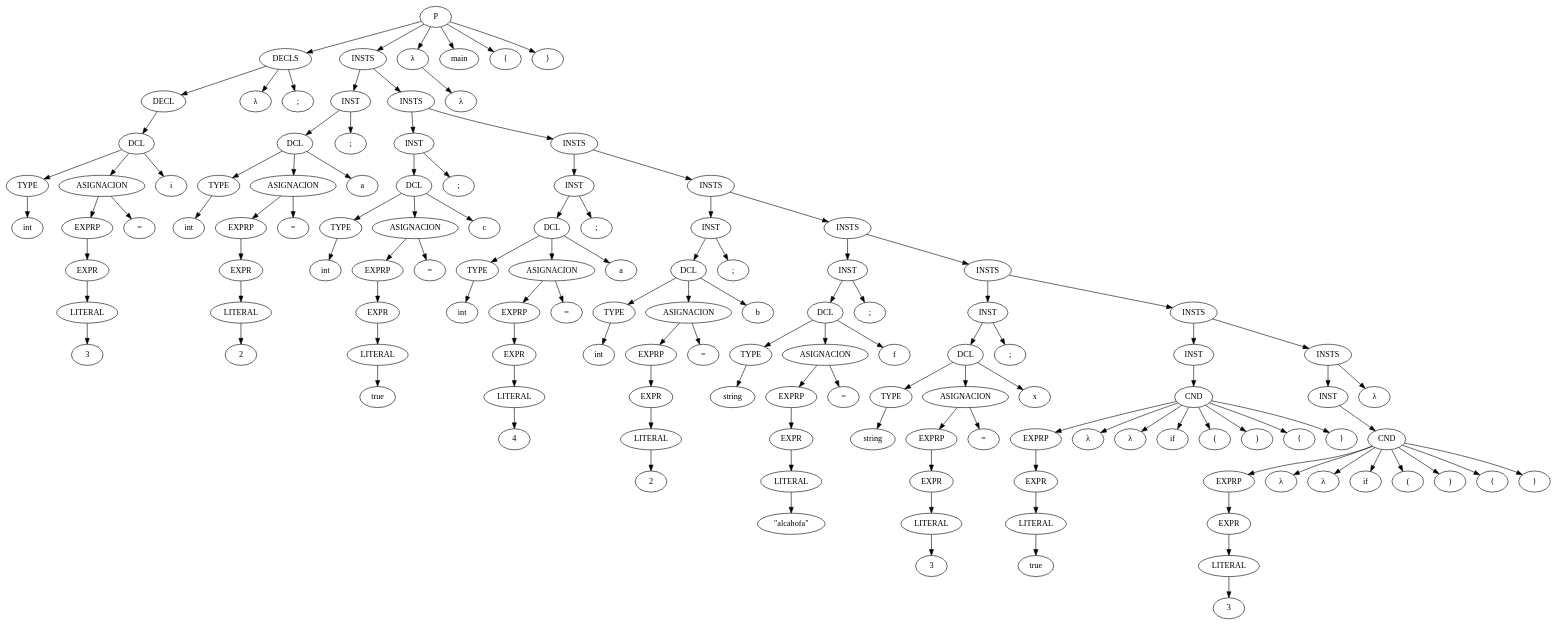
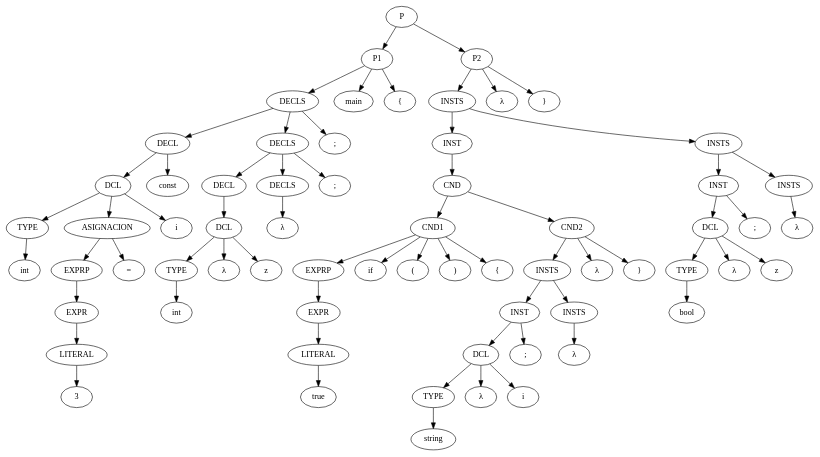
The diagram in output/Arbol sintactico.dot (TomeuRamis/Csar), drawn with Graphviz before and after one commit. The commit also changed 2 other files, not shown here.

```diff
--- a/output/Arbol sintactico.dot
+++ b/output/Arbol sintactico.dot
@@ -10,122 +10,61 @@
   s8 [ label="DCL" ];
   s9 [ label="i" ];
   s10 [ label="DECL" ];
-  s11 [ label="λ" ];
-  s12 [ label="DECLS" ];
-  s13 [ label=";" ];
-  s14 [ label="TYPE" ];
-  s15 [ label="int" ];
-  s16 [ label="LITERAL" ];
-  s17 [ label="2" ];
-  s18 [ label="EXPR" ];
-  s19 [ label="EXPRP" ];
-  s20 [ label="ASIGNACION" ];
-  s21 [ label="=" ];
-  s22 [ label="DCL" ];
-  s23 [ label="a" ];
-  s24 [ label="INST" ];
-  s25 [ label=";" ];
-  s26 [ label="TYPE" ];
-  s27 [ label="int" ];
-  s28 [ label="LITERAL" ];
-  s29 [ label="true" ];
-  s30 [ label="EXPR" ];
-  s31 [ label="EXPRP" ];
-  s32 [ label="ASIGNACION" ];
-  s33 [ label="=" ];
-  s34 [ label="DCL" ];
-  s35 [ label="c" ];
-  s36 [ label="INST" ];
-  s37 [ label=";" ];
-  s38 [ label="TYPE" ];
-  s39 [ label="int" ];
-  s40 [ label="LITERAL" ];
-  s41 [ label="4" ];
-  s42 [ label="EXPR" ];
-  s43 [ label="EXPRP" ];
-  s44 [ label="ASIGNACION" ];
-  s45 [ label="=" ];
-  s46 [ label="DCL" ];
-  s47 [ label="a" ];
-  s48 [ label="INST" ];
-  s49 [ label=";" ];
-  s50 [ label="TYPE" ];
-  s51 [ label="int" ];
-  s52 [ label="LITERAL" ];
-  s53 [ label="2" ];
-  s54 [ label="EXPR" ];
-  s55 [ label="EXPRP" ];
-  s56 [ label="ASIGNACION" ];
-  s57 [ label="=" ];
-  s58 [ label="DCL" ];
-  s59 [ label="b" ];
-  s60 [ label="INST" ];
-  s61 [ label=";" ];
-  s62 [ label="TYPE" ];
-  s63 [ label="string" ];
-  s64 [ label="LITERAL" ];
-  s65 [ label="\"alcahofa\"" ];
-  s66 [ label="EXPR" ];
-  s67 [ label="EXPRP" ];
-  s68 [ label="ASIGNACION" ];
-  s69 [ label="=" ];
-  s70 [ label="DCL" ];
-  s71 [ label="f" ];
-  s72 [ label="INST" ];
-  s73 [ label=";" ];
-  s74 [ label="TYPE" ];
-  s75 [ label="string" ];
-  s76 [ label="LITERAL" ];
-  s77 [ label="3" ];
-  s78 [ label="EXPR" ];
-  s79 [ label="EXPRP" ];
-  s80 [ label="ASIGNACION" ];
-  s81 [ label="=" ];
-  s82 [ label="DCL" ];
-  s83 [ label="x" ];
-  s84 [ label="INST" ];
-  s85 [ label=";" ];
-  s86 [ label="LITERAL" ];
-  s87 [ label="true" ];
-  s88 [ label="EXPR" ];
-  s89 [ label="EXPRP" ];
-  s90 [ label="λ" ];
-  s91 [ label="λ" ];
-  s92 [ label="CND" ];
-  s93 [ label="if" ];
-  s94 [ label="(" ];
-  s95 [ label=")" ];
-  s96 [ label="{" ];
-  s97 [ label="}" ];
-  s98 [ label="INST" ];
-  s99 [ label="LITERAL" ];
-  s100 [ label="3" ];
-  s101 [ label="EXPR" ];
-  s102 [ label="EXPRP" ];
-  s103 [ label="λ" ];
-  s104 [ label="λ" ];
-  s105 [ label="CND" ];
-  s106 [ label="if" ];
-  s107 [ label="(" ];
-  s108 [ label=")" ];
-  s109 [ label="{" ];
-  s110 [ label="}" ];
-  s111 [ label="INST" ];
-  s112 [ label="λ" ];
-  s113 [ label="INSTS" ];
-  s114 [ label="INSTS" ];
-  s115 [ label="INSTS" ];
-  s116 [ label="INSTS" ];
-  s117 [ label="INSTS" ];
-  s118 [ label="INSTS" ];
-  s119 [ label="INSTS" ];
-  s120 [ label="INSTS" ];
-  s121 [ label="λ" ];
-  s122 [ label="λ" ];
-  s123 [ label="P" ];
-  s124 [ label="main" ];
-  s125 [ label="{" ];
-  s126 [ label="}" ];
+  s11 [ label="const" ];
+  s12 [ label="TYPE" ];
+  s13 [ label="int" ];
+  s14 [ label="λ" ];
+  s15 [ label="DCL" ];
+  s16 [ label="z" ];
+  s17 [ label="DECL" ];
+  s18 [ label="DECLS" ];
+  s19 [ label="λ" ];
+  s20 [ label="DECLS" ];
+  s21 [ label=";" ];
+  s22 [ label="DECLS" ];
+  s23 [ label=";" ];
+  s24 [ label="P1" ];
+  s25 [ label="main" ];
+  s26 [ label="{" ];
+  s27 [ label="LITERAL" ];
+  s28 [ label="true" ];
+  s29 [ label="EXPR" ];
+  s30 [ label="EXPRP" ];
+  s31 [ label="CND1" ];
+  s32 [ label="if" ];
+  s33 [ label="(" ];
+  s34 [ label=")" ];
+  s35 [ label="{" ];
+  s36 [ label="TYPE" ];
+  s37 [ label="string" ];
+  s38 [ label="λ" ];
+  s39 [ label="DCL" ];
+  s40 [ label="i" ];
+  s41 [ label="INST" ];
+  s42 [ label=";" ];
+  s43 [ label="INSTS" ];
+  s44 [ label="λ" ];
+  s45 [ label="INSTS" ];
+  s46 [ label="λ" ];
+  s47 [ label="CND2" ];
+  s48 [ label="}" ];
+  s49 [ label="CND" ];
+  s50 [ label="INST" ];
+  s51 [ label="TYPE" ];
+  s52 [ label="bool" ];
+  s53 [ label="λ" ];
+  s54 [ label="DCL" ];
+  s55 [ label="z" ];
+  s56 [ label="INST" ];
+  s57 [ label=";" ];
+  s58 [ label="INSTS" ];
+  s59 [ label="λ" ];
+  s60 [ label="INSTS" ];
+  s61 [ label="INSTS" ];
+  s62 [ label="λ" ];
+  s63 [ label="P2" ];
+  s64 [ label="}" ];
+  s65 [ label="P" ];
   s0 -> s1;
   s2 -> s3;
   s4 -> s2;
@@ -135,121 +74,60 @@
   s8 -> s0;
   s8 -> s9;
   s8 -> s6;
+  s10 -> s11;
   s10 -> s8;
-  s12 -> s10;
   s12 -> s13;
-  s12 -> s11;
-  s14 -> s15;
-  s16 -> s17;
-  s18 -> s16;
-  s19 -> s18;
+  s15 -> s12;
+  s15 -> s16;
+  s15 -> s14;
+  s17 -> s15;
+  s18 -> s19;
+  s20 -> s17;
   s20 -> s21;
-  s20 -> s19;
-  s22 -> s14;
+  s20 -> s18;
+  s22 -> s10;
   s22 -> s23;
   s22 -> s20;
   s24 -> s22;
   s24 -> s25;
-  s26 -> s27;
-  s28 -> s29;
-  s30 -> s28;
+  s24 -> s26;
+  s27 -> s28;
+  s29 -> s27;
+  s30 -> s29;
+  s31 -> s32;
+  s31 -> s33;
   s31 -> s30;
-  s32 -> s33;
-  s32 -> s31;
-  s34 -> s26;
-  s34 -> s35;
-  s34 -> s32;
-  s36 -> s34;
+  s31 -> s34;
+  s31 -> s35;
   s36 -> s37;
-  s38 -> s39;
-  s40 -> s41;
-  s42 -> s40;
-  s43 -> s42;
-  s44 -> s45;
-  s44 -> s43;
-  s46 -> s38;
-  s46 -> s47;
-  s46 -> s44;
-  s48 -> s46;
-  s48 -> s49;
-  s50 -> s51;
-  s52 -> s53;
-  s54 -> s52;
-  s55 -> s54;
+  s39 -> s36;
+  s39 -> s40;
+  s39 -> s38;
+  s41 -> s39;
+  s41 -> s42;
+  s43 -> s44;
+  s45 -> s41;
+  s45 -> s43;
+  s47 -> s45;
+  s47 -> s48;
+  s47 -> s46;
+  s49 -> s31;
+  s49 -> s47;
+  s50 -> s49;
+  s51 -> s52;
+  s54 -> s51;
+  s54 -> s55;
+  s54 -> s53;
+  s56 -> s54;
   s56 -> s57;
-  s56 -> s55;
-  s58 -> s50;
   s58 -> s59;
-  s58 -> s56;
+  s60 -> s56;
   s60 -> s58;
-  s60 -> s61;
-  s62 -> s63;
-  s64 -> s65;
-  s66 -> s64;
-  s67 -> s66;
-  s68 -> s69;
-  s68 -> s67;
-  s70 -> s62;
-  s70 -> s71;
-  s70 -> s68;
-  s72 -> s70;
-  s72 -> s73;
-  s74 -> s75;
-  s76 -> s77;
-  s78 -> s76;
-  s79 -> s78;
-  s80 -> s81;
-  s80 -> s79;
-  s82 -> s74;
-  s82 -> s83;
-  s82 -> s80;
-  s84 -> s82;
-  s84 -> s85;
-  s86 -> s87;
-  s88 -> s86;
-  s89 -> s88;
-  s92 -> s93;
-  s92 -> s94;
-  s92 -> s89;
-  s92 -> s95;
-  s92 -> s96;
-  s92 -> s90;
-  s92 -> s97;
-  s92 -> s91;
-  s98 -> s92;
-  s99 -> s100;
-  s101 -> s99;
-  s102 -> s101;
-  s105 -> s106;
-  s105 -> s107;
-  s105 -> s102;
-  s105 -> s108;
-  s105 -> s109;
-  s105 -> s103;
-  s105 -> s110;
-  s105 -> s104;
-  s111 -> s105;
-  s113 -> s111;
-  s113 -> s112;
-  s114 -> s98;
-  s114 -> s113;
-  s115 -> s84;
-  s115 -> s114;
-  s116 -> s72;
-  s116 -> s115;
-  s117 -> s60;
-  s117 -> s116;
-  s118 -> s48;
-  s118 -> s117;
-  s119 -> s36;
-  s119 -> s118;
-  s120 -> s24;
-  s120 -> s119;
-  s121 -> s122;
-  s123 -> s12;
-  s123 -> s124;
-  s123 -> s125;
-  s123 -> s120;
-  s123 -> s126;
-  s123 -> s121;
+  s61 -> s50;
+  s61 -> s60;
+  s63 -> s61;
+  s63 -> s64;
+  s63 -> s62;
+  s65 -> s24;
+  s65 -> s63;
 }
```
